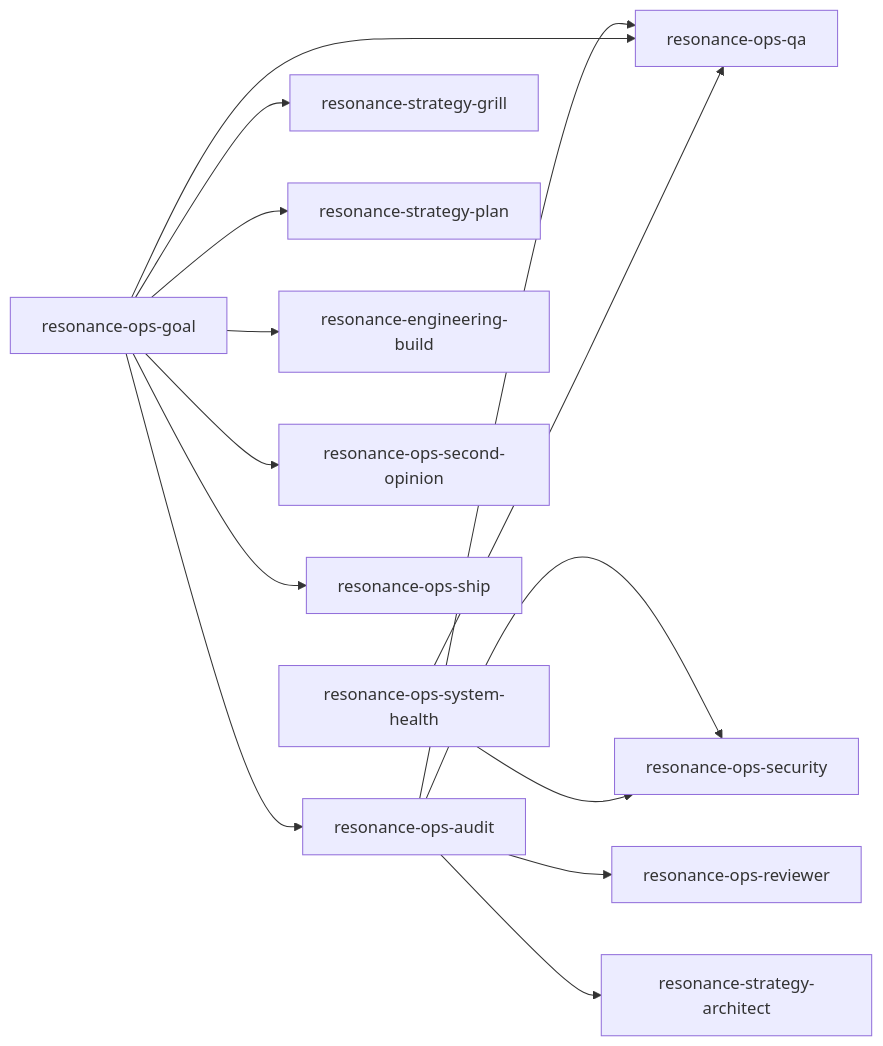
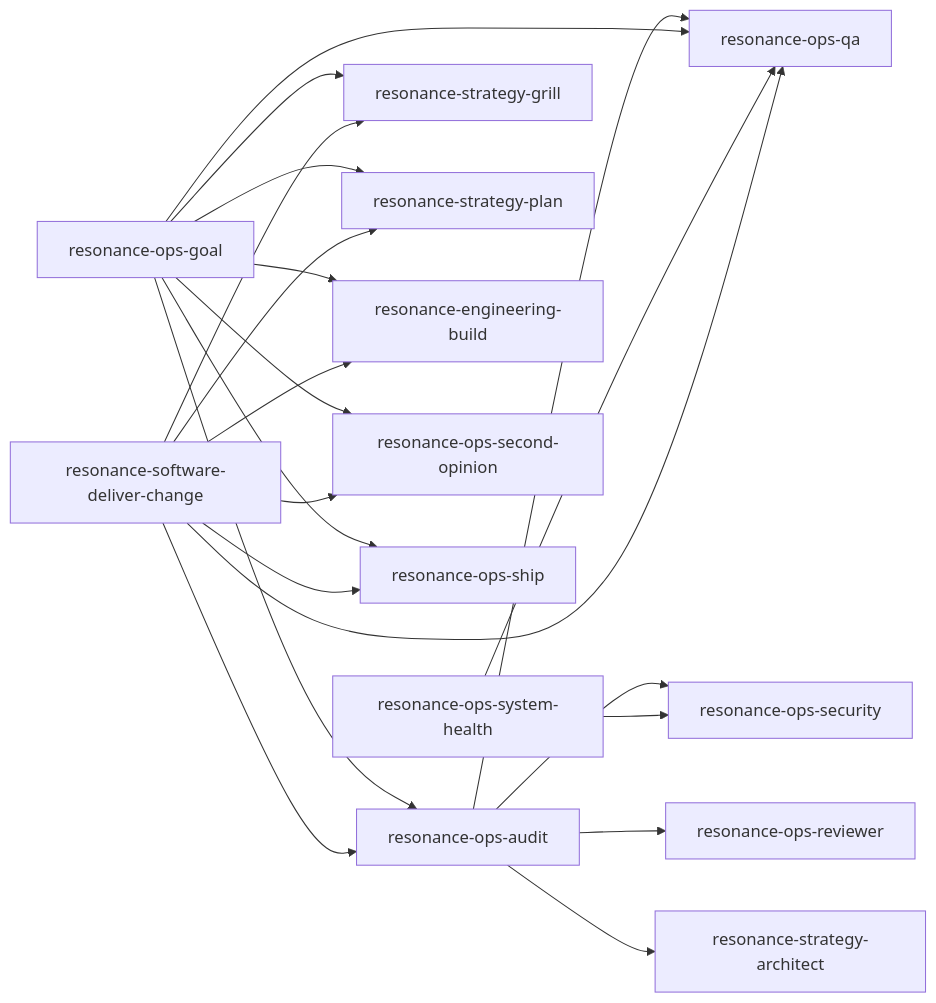
The diagram in docs/SKILL_GRAPH.md (manusco/resonance), drawn with Mermaid before and after one commit. The commit also changed other lines of this file and 41 other files, not shown here.

````diff
--- a/docs/SKILL_GRAPH.md
+++ b/docs/SKILL_GRAPH.md
@@ -7,16 +7,23 @@
 ```mermaid
 graph LR
   resonance-ops-audit --> resonance-ops-security
   resonance-ops-audit --> resonance-ops-reviewer
   resonance-ops-audit --> resonance-ops-qa
   resonance-ops-audit --> resonance-strategy-architect
   resonance-ops-goal --> resonance-strategy-grill
   resonance-ops-goal --> resonance-strategy-plan
   resonance-ops-goal --> resonance-engineering-build
   resonance-ops-goal --> resonance-ops-qa
   resonance-ops-goal --> resonance-ops-audit
   resonance-ops-goal --> resonance-ops-second-opinion
   resonance-ops-goal --> resonance-ops-ship
   resonance-ops-system-health --> resonance-ops-qa
   resonance-ops-system-health --> resonance-ops-security
+  resonance-software-deliver-change --> resonance-strategy-grill
+  resonance-software-deliver-change --> resonance-strategy-plan
+  resonance-software-deliver-change --> resonance-engineering-build
+  resonance-software-deliver-change --> resonance-ops-qa
+  resonance-software-deliver-change --> resonance-ops-audit
+  resonance-software-deliver-change --> resonance-ops-second-opinion
+  resonance-software-deliver-change --> resonance-ops-ship
 ```
````
